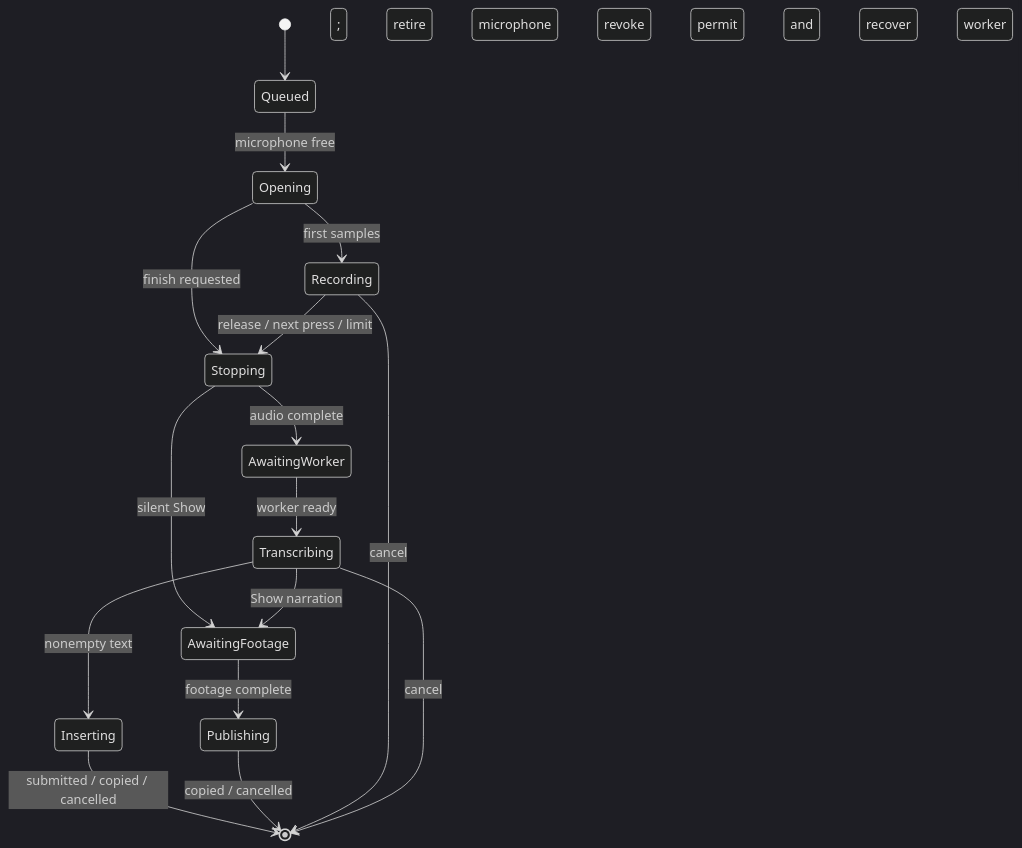
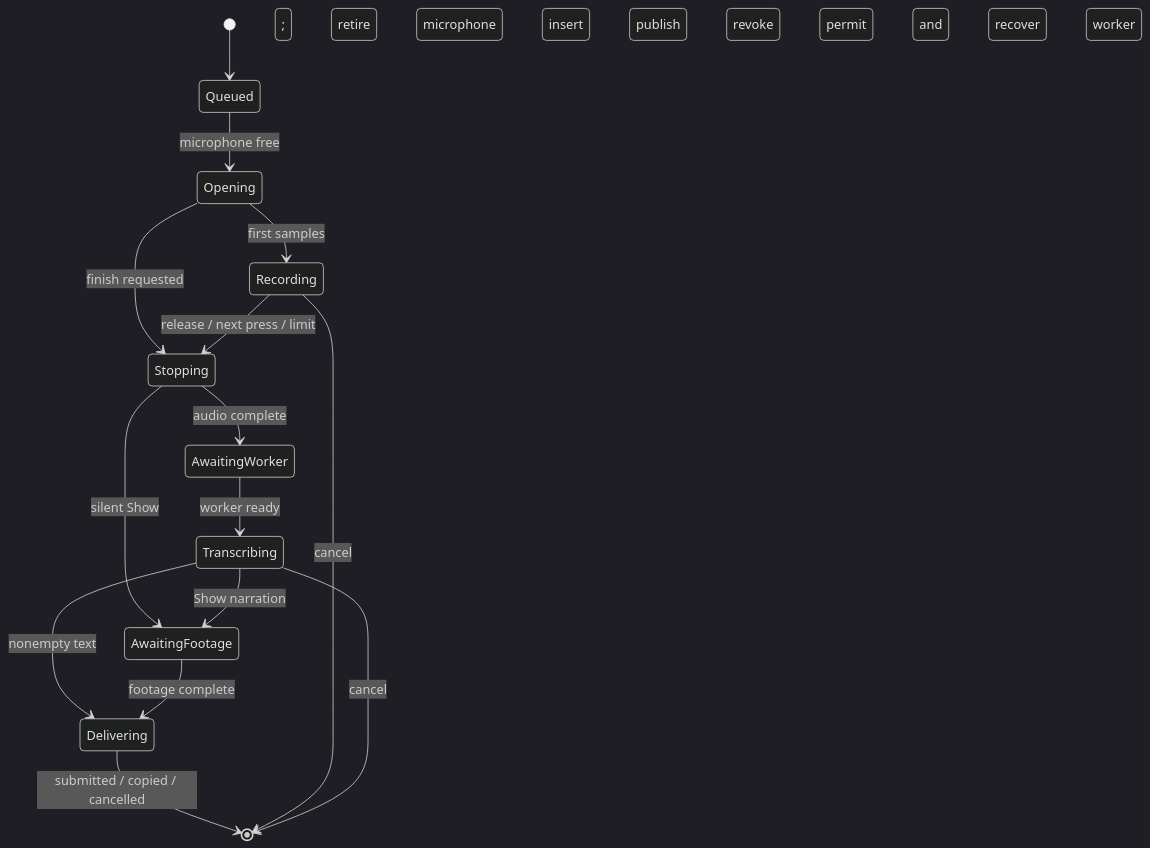
One commit to KrishRVH/speakeasy changed the second of 2 diagrams in docs/architecture.md. Above: the diagram before and after it, drawn with Mermaid (dark theme). The commit also changed other lines of this file and 4 other files, not shown here.

````diff
--- a/docs/architecture.md
+++ b/docs/architecture.md
@@ -110,18 +110,17 @@
 ```mermaid
 stateDiagram-v2
     [*] --> Queued
     Queued --> Opening: microphone free
     Opening --> Recording: first samples
     Opening --> Stopping: finish requested
     Recording --> Stopping: release / next press / limit
     Stopping --> AwaitingWorker: audio complete; retire microphone
     AwaitingWorker --> Transcribing: worker ready
-    Transcribing --> Inserting: nonempty text
-    Inserting --> [*]: submitted / copied / cancelled
+    Transcribing --> Delivering: nonempty text; insert
     Stopping --> AwaitingFootage: silent Show
     Transcribing --> AwaitingFootage: Show narration
-    AwaitingFootage --> Publishing: footage complete
-    Publishing --> [*]: copied / cancelled
+    AwaitingFootage --> Delivering: footage complete; publish
+    Delivering --> [*]: submitted / copied / cancelled
     Recording --> [*]: cancel; revoke permit and retire
     Transcribing --> [*]: cancel; revoke permit and recover worker
 ```
````
